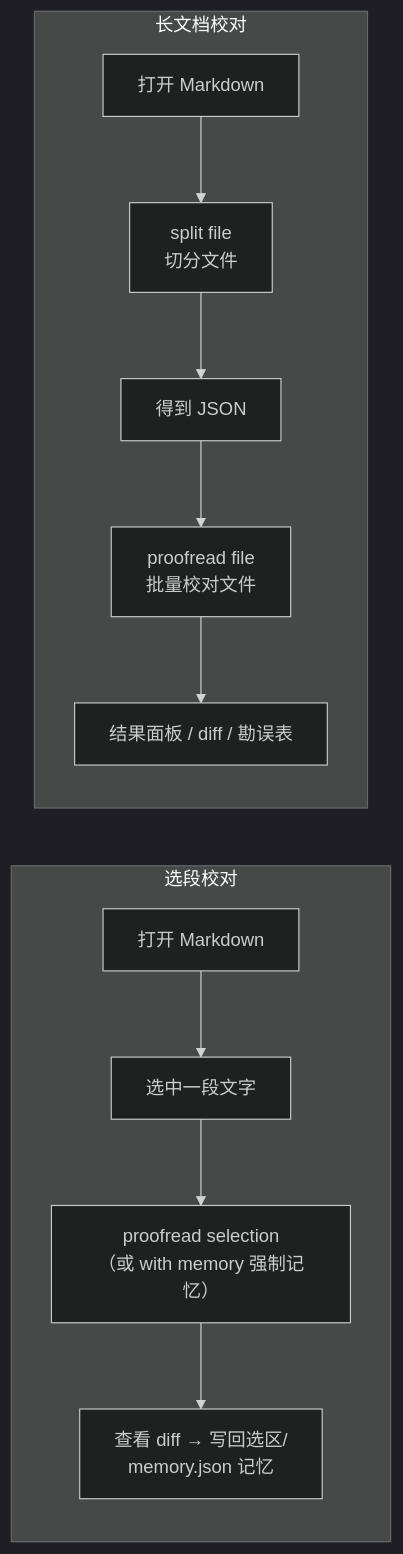
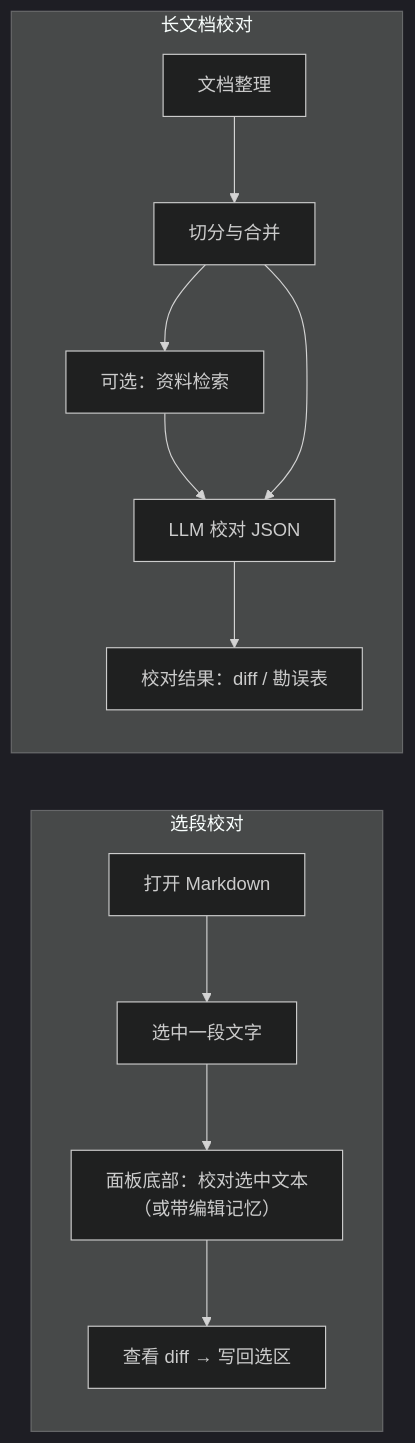
One commit to Fusyong/ai-proofread-vscode-extension changed the first of 5 diagrams in docs/commands-cheatsheet.md. Above: the diagram before and after it, drawn with Mermaid (dark theme). The commit also changed other lines of this file and 3 other files, not shown here.

````diff
--- a/docs/commands-cheatsheet.md
+++ b/docs/commands-cheatsheet.md
@@ -135,19 +143,20 @@
 ```mermaid
 flowchart LR
     subgraph 方式一["选段校对"]
         S1["打开 Markdown"]
         S2["选中一段文字"]
-        S3["proofread selection<br/>（或 with memory 强制记忆）"]
-        S4["查看 diff → 写回选区/<br/>memory.json 记忆"]
+        S3["面板底部：校对选中文本<br/>（或带编辑记忆）"]
+        S4["查看 diff → 写回选区"]
         S1 --> S2 --> S3 --> S4
     end
 
     subgraph 方式二["长文档校对"]
-        L1["打开 Markdown"]
-        L2["split file <br> 切分文件"]
-        L3["得到 JSON"]
-        L4["proofread file <br> 批量校对文件"]
-        L5["结果面板 / diff / 勘误表"]
+        L1["文档整理"]
+        L2["切分与合并"]
+        L3["可选：资料检索"]
+        L4["LLM 校对 JSON"]
+        L5["校对结果：diff / 勘误表"]
         L1 --> L2 --> L3 --> L4 --> L5
+        L2 --> L4
     end
 ```
````
